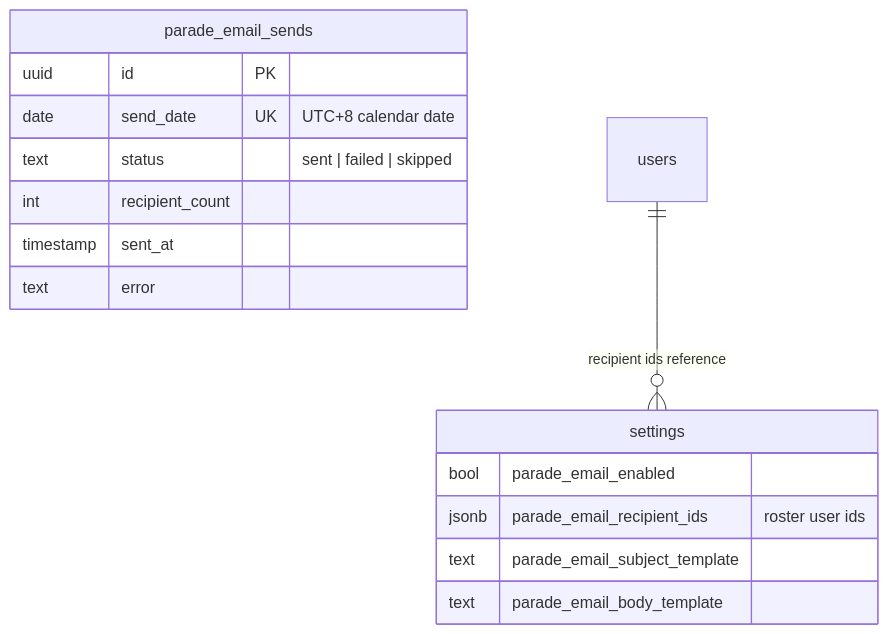
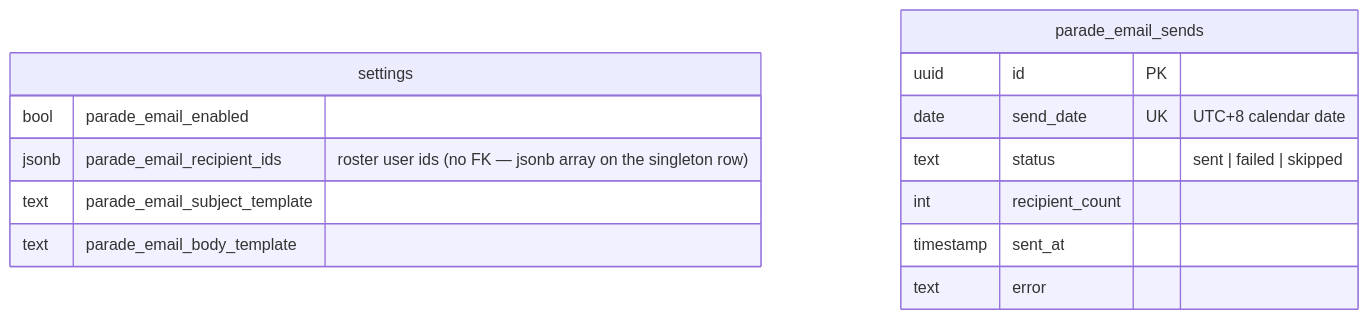
Before and after one commit to oncloudnintynineone-source/cloudy2: the second of 2 diagrams in docs/parade-state-email.md, drawn with Mermaid. The commit also changed 22 other files, not shown here.

Commit message:
docs: sync mermaid diagrams with current code, fix diagram syntax errors

````diff
--- a/docs/parade-state-email.md
+++ b/docs/parade-state-email.md
@@ -56,18 +56,17 @@
 ```mermaid
 erDiagram
  settings {
   bool parade_email_enabled
-  jsonb parade_email_recipient_ids "roster user ids"
+  jsonb parade_email_recipient_ids "roster user ids (no FK — jsonb array on the singleton row)"
   text parade_email_subject_template
   text parade_email_body_template
  }
  parade_email_sends {
   uuid id PK
   date send_date UK "UTC+8 calendar date"
   text status "sent | failed | skipped"
   int recipient_count
   timestamp sent_at
   text error
  }
- users ||--o{ settings : "recipient ids reference"
 ```
````
